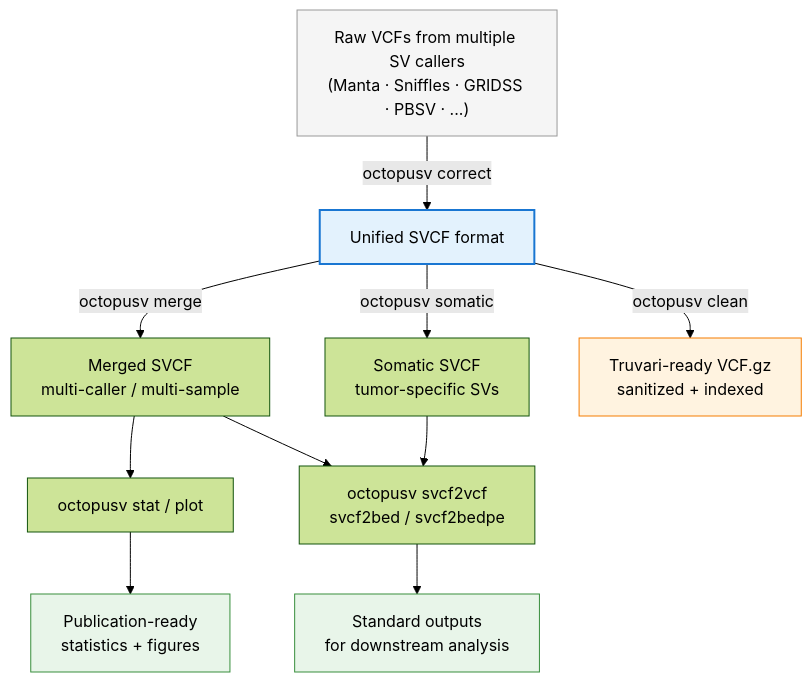
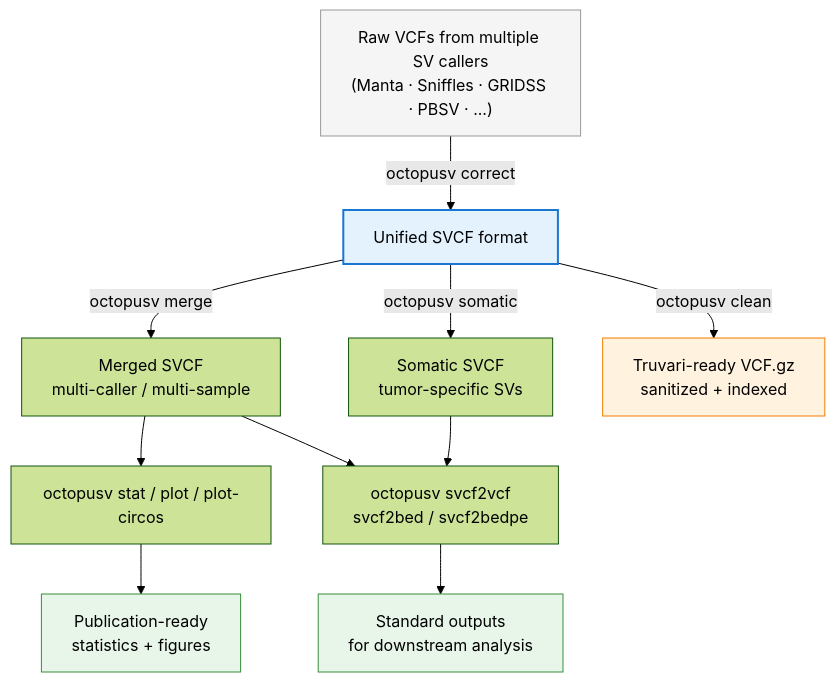
The diagram in README.md (ylab-hi/OctopuSV), drawn with Mermaid (forest theme) before and after one commit. The commit also changed other lines of this file and 3 other files, not shown here.

````diff
--- a/README.md
+++ b/README.md
@@ -50,18 +57,18 @@
 ```mermaid
 flowchart TD
     A["Raw VCFs from multiple SV callers<br/>(Manta · Sniffles · GRIDSS · PBSV · ...)"] -->|octopusv correct| B["Unified SVCF format"]
     B -->|octopusv merge| C["Merged SVCF<br/>multi-caller / multi-sample"]
     B -->|octopusv somatic| D["Somatic SVCF<br/>tumor-specific SVs"]
     B -->|octopusv clean| E["Truvari-ready VCF.gz<br/>sanitized + indexed"]
-    C --> F["octopusv stat / plot"]
+    C --> F["octopusv stat / plot / plot-circos"]
     C --> G["octopusv svcf2vcf<br/>svcf2bed / svcf2bedpe"]
     D --> G
     F --> H["Publication-ready<br/>statistics + figures"]
     G --> I["Standard outputs<br/>for downstream analysis"]
 
     style A fill:#f5f5f5,stroke:#999
     style B fill:#e3f2fd,stroke:#1976d2,stroke-width:2px
     style E fill:#fff3e0,stroke:#f57c00
     style H fill:#e8f5e9,stroke:#388e3c
     style I fill:#e8f5e9,stroke:#388e3c
 ```
````
